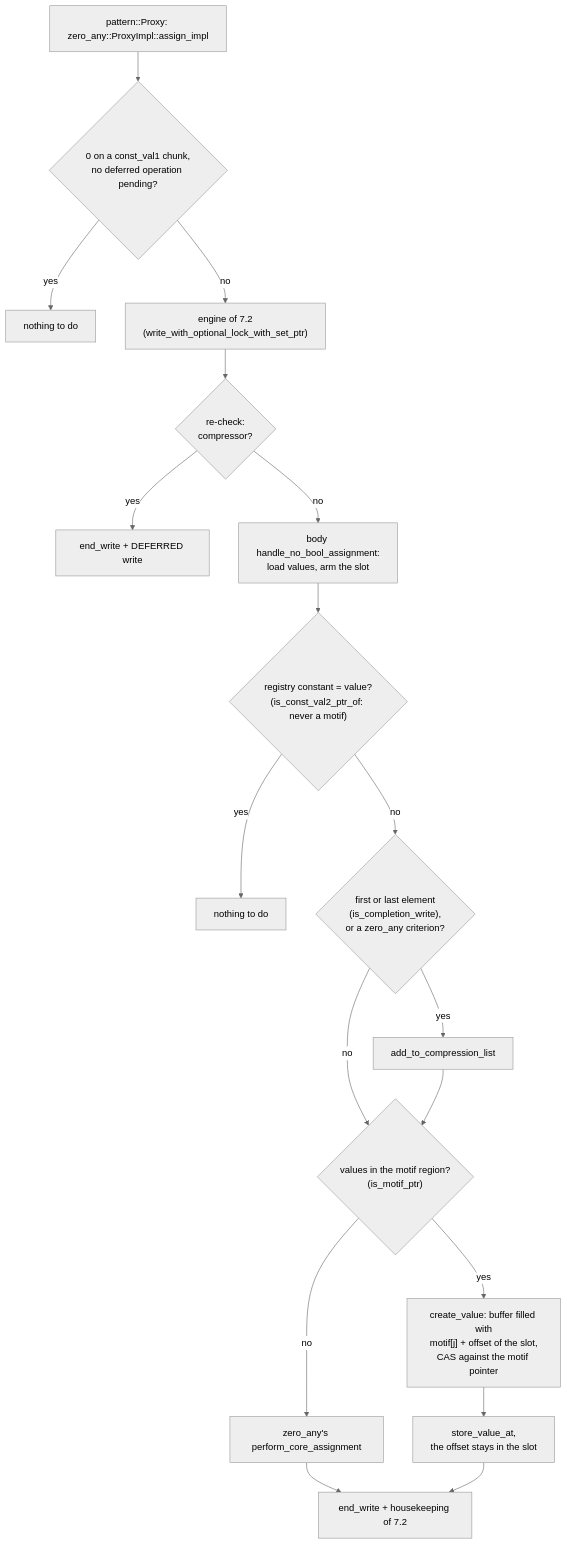
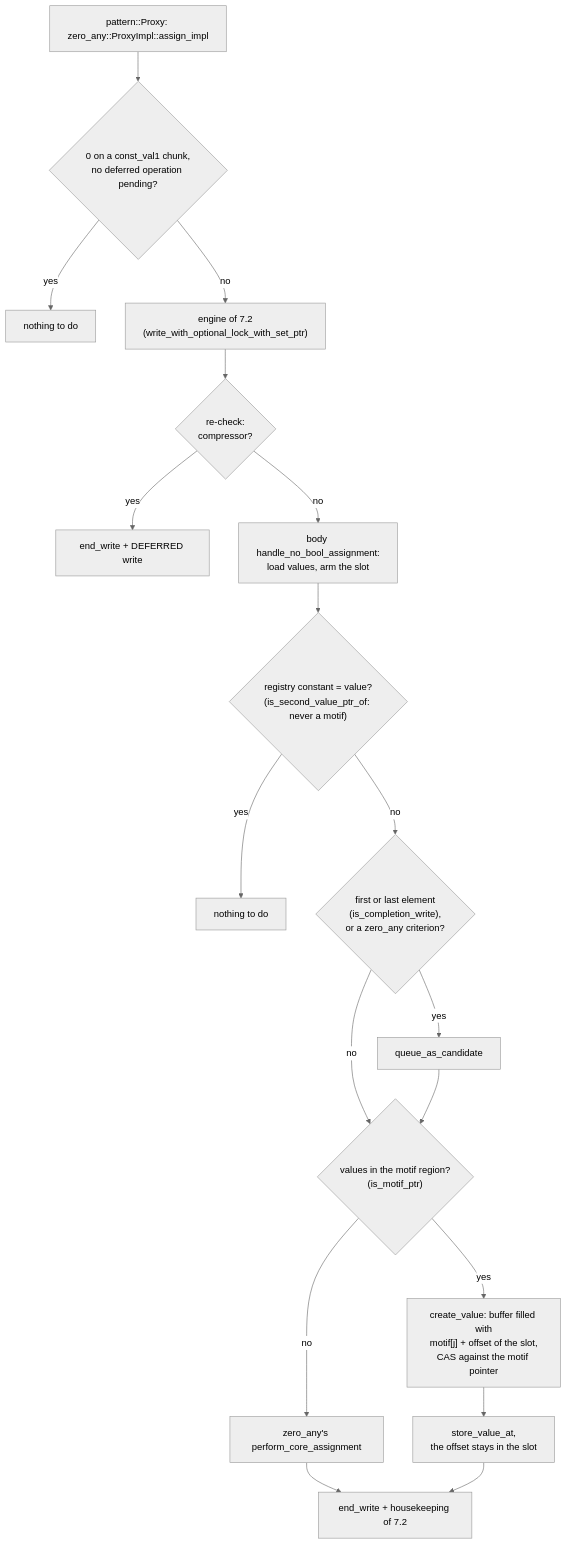
Before and after one commit to cea-hpc/shrink-array: the second of 2 diagrams in docs/algo_pattern.md, drawn with Mermaid (neutral theme). The commit also changed other lines of this file and 114 other files, not shown here.

````diff
--- a/docs/algo_pattern.md
+++ b/docs/algo_pattern.md
@@ -185,20 +185,20 @@
 ```mermaid
 flowchart TD
     A["pattern::Proxy: zero_any::ProxyImpl::assign_impl"] --> B{"0 on a const_val1 chunk,<br/>no deferred operation pending?"}
     B -->|yes| B1["nothing to do"]
     B -->|no| C["engine of 7.2<br/>(write_with_optional_lock_with_set_ptr)"]
     C --> D{"re-check:<br/>compressor?"}
     D -->|yes| D1["end_write + DEFERRED write"]
     D -->|no| E["body handle_no_bool_assignment:<br/>load values, arm the slot"]
-    E --> F{"registry constant = value?<br/>(is_const_val2_ptr_of: never a motif)"}
+    E --> F{"registry constant = value?<br/>(is_second_value_ptr_of: never a motif)"}
     F -->|yes| F1["nothing to do"]
     F -->|no| G{"first or last element<br/>(is_completion_write),<br/>or a zero_any criterion?"}
-    G -->|yes| G1["add_to_compression_list"]
+    G -->|yes| G1["queue_as_candidate"]
     G -->|no| H
     G1 --> H{"values in the motif region?<br/>(is_motif_ptr)"}
     H -->|yes| I["create_value: buffer filled with<br/>motif[j] + offset of the slot,<br/>CAS against the motif pointer"]
     H -->|no| J["zero_any's perform_core_assignment"]
     I --> K["store_value_at,<br/>the offset stays in the slot"]
     J --> L["end_write + housekeeping of 7.2"]
     K --> L
 ```
````
